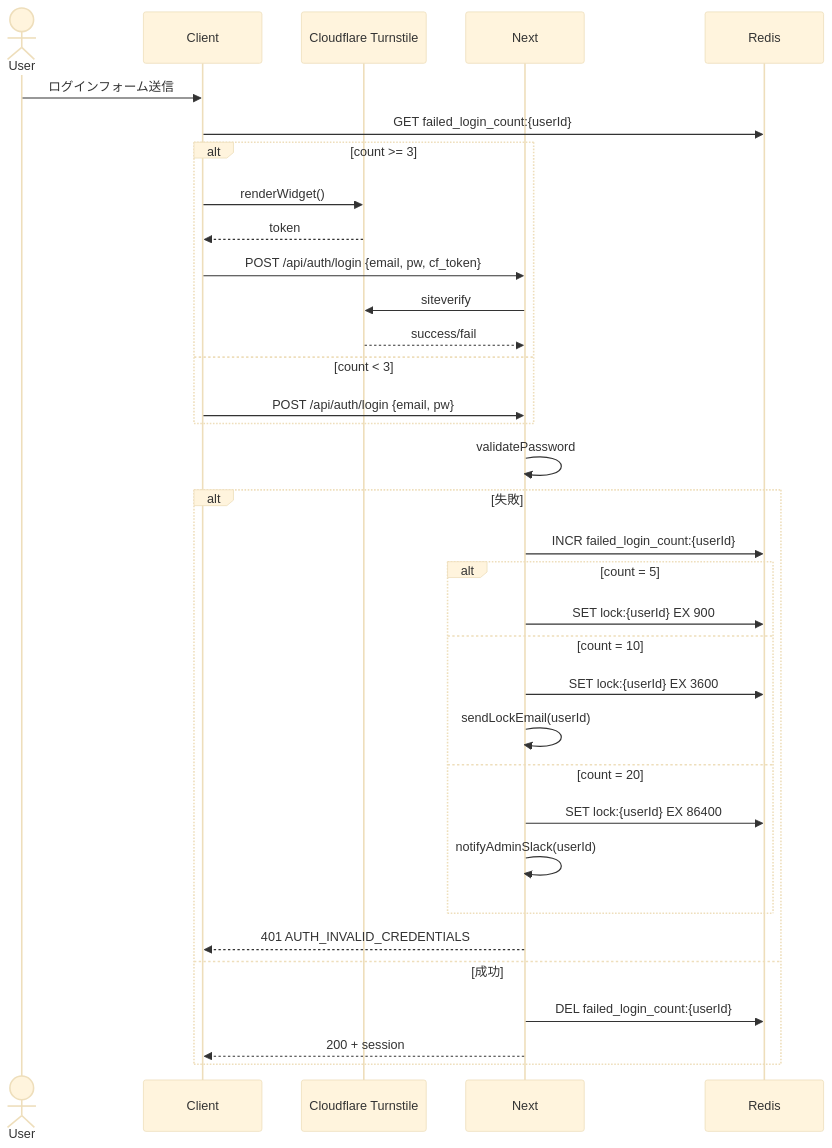
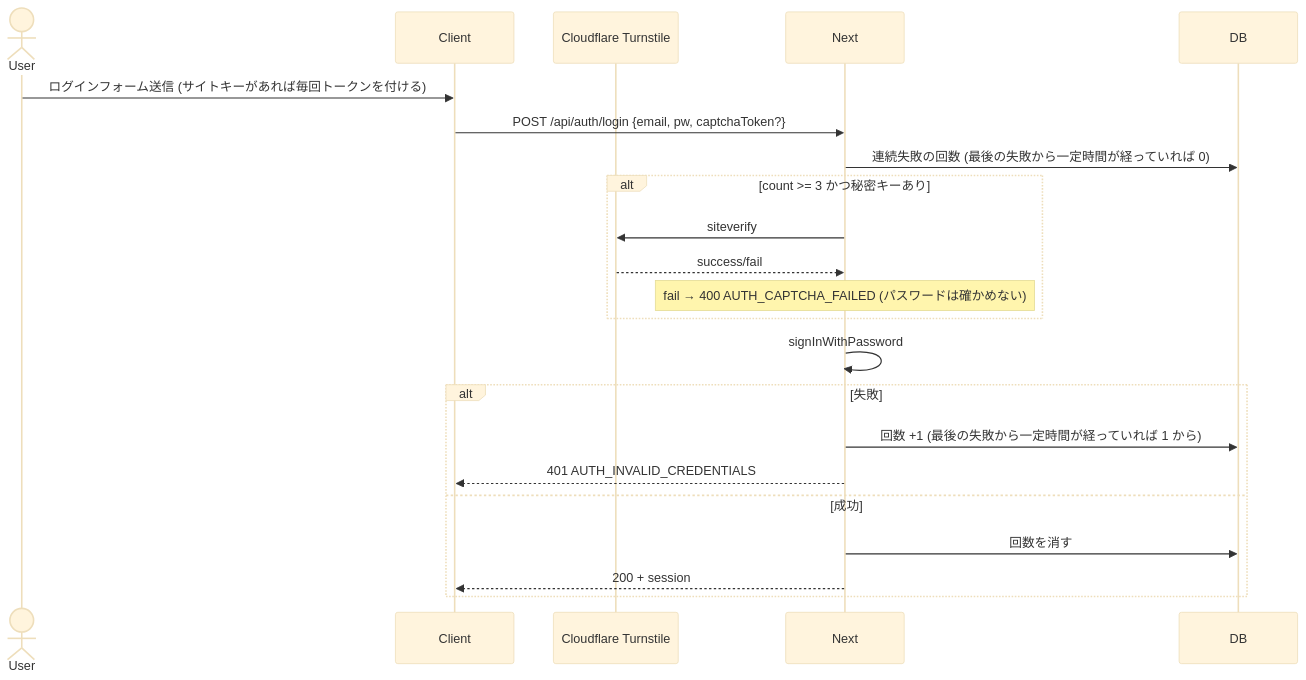
The fourth of 4 diagrams in docs/design/cross/01-auth-session.md (DaisukeHori/homegohan-app), drawn with Mermaid (base theme) before and after one commit. The commit also changed other lines of this file and 38 other files, not shown here.

````diff
--- a/docs/design/cross/01-auth-session.md
+++ b/docs/design/cross/01-auth-session.md
@@ -522,37 +523,25 @@
 ```mermaid
 sequenceDiagram
     actor User
     participant Client
     participant Turnstile as Cloudflare Turnstile
     participant Next
-    participant Redis
+    participant DB
 
-    User->>Client: ログインフォーム送信
-    Client->>Redis: GET failed_login_count:{userId}
-    alt count >= 3
-        Client->>Turnstile: renderWidget()
-        Turnstile-->>Client: token
-        Client->>Next: POST /api/auth/login {email, pw, cf_token}
+    User->>Client: ログインフォーム送信 (サイトキーがあれば毎回トークンを付ける)
+    Client->>Next: POST /api/auth/login {email, pw, captchaToken?}
+    Next->>DB: 連続失敗の回数 (最後の失敗から一定時間が経っていれば 0)
+    alt count >= 3 かつ秘密キーあり
         Next->>Turnstile: siteverify
         Turnstile-->>Next: success/fail
-    else count < 3
-        Client->>Next: POST /api/auth/login {email, pw}
+        Note over Next: fail → 400 AUTH_CAPTCHA_FAILED (パスワードは確かめない)
     end
-    Next->>Next: validatePassword
+    Next->>Next: signInWithPassword
     alt 失敗
-        Next->>Redis: INCR failed_login_count:{userId}
-        alt count = 5
-            Next->>Redis: SET lock:{userId} EX 900
-        else count = 10
-            Next->>Redis: SET lock:{userId} EX 3600
-            Next->>Next: sendLockEmail(userId)
-        else count = 20
-            Next->>Redis: SET lock:{userId} EX 86400
-            Next->>Next: notifyAdminSlack(userId)
-        end
+        Next->>DB: 回数 +1 (最後の失敗から一定時間が経っていれば 1 から)
         Next-->>Client: 401 AUTH_INVALID_CREDENTIALS
     else 成功
-        Next->>Redis: DEL failed_login_count:{userId}
+        Next->>DB: 回数を消す
         Next-->>Client: 200 + session
     end
 ```
````
